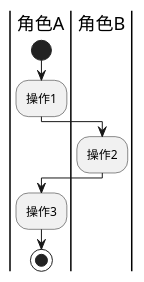
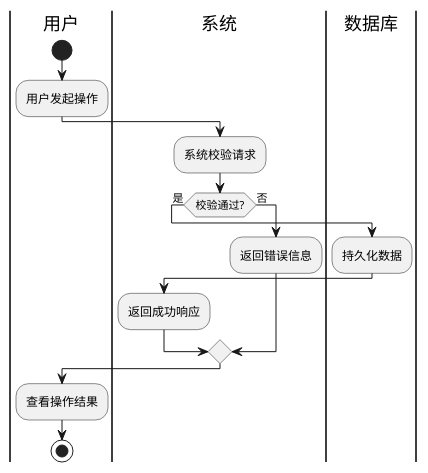
Before and after one commit to aiimoyu/hyper-designer: the second of 2 diagrams in src/skills/hyper-designer/functional-refinement/SKILL.md, drawn with PlantUML. The commit also changed other lines of this file and 7 other files, not shown here.

````diff
--- a/src/skills/hyper-designer/functional-refinement/SKILL.md
+++ b/src/skills/hyper-designer/functional-refinement/SKILL.md
@@ -89,14 +148,25 @@
 ```plantuml
 @startuml {功能名称}_泳道活动图
-|角色A|
+
+|用户|
 start
-:操作1;
+:用户发起操作;
 
-|角色B|
-:操作2;
+|系统|
+:系统校验请求;
 
-|角色A|
-:操作3;
+if (校验通过?) then (是)
+  |数据库|
+  :持久化数据;
+  |系统|
+  :返回成功响应;
+else (否)
+  :返回错误信息;
+endif
+
+|用户|
+:查看操作结果;
 stop
+
 @enduml
 ```
````
